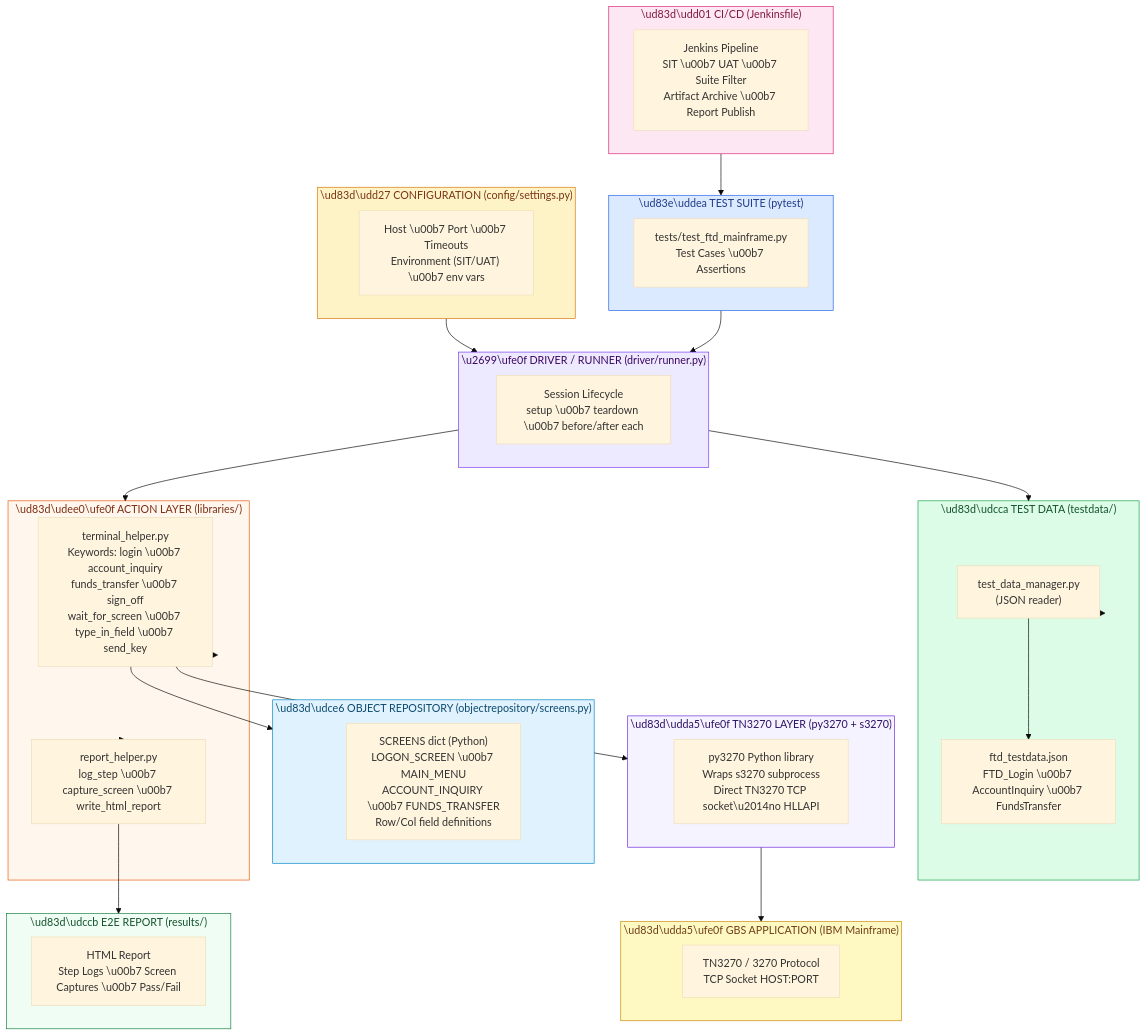
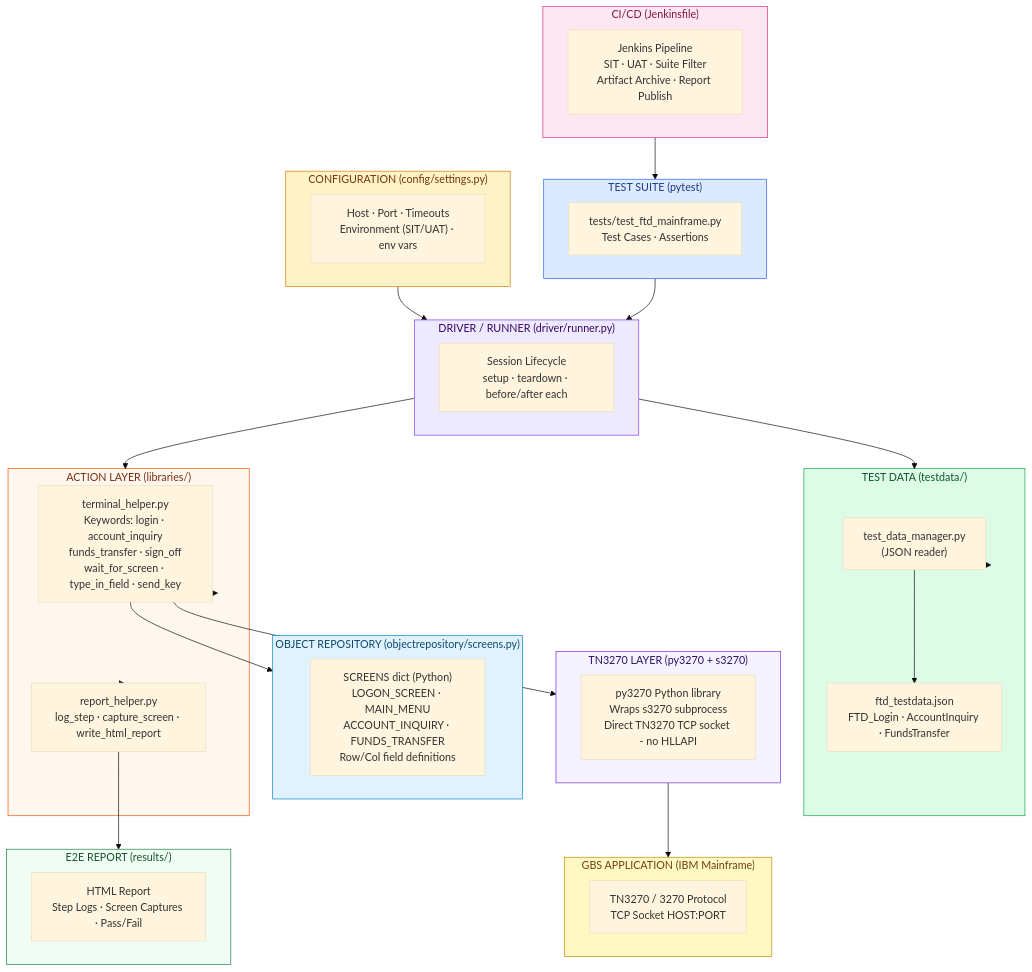
Before and after one commit to Ascen-dion/bank_of_america_leanft_javascript_poc: the diagram in docs/01-new-architecture.md, drawn with Mermaid (base theme). The commit also changed other lines of this file and 1 other file, not shown here.

````diff
--- a/docs/01-new-architecture.md
+++ b/docs/01-new-architecture.md
@@ -9,68 +9,68 @@
 ```mermaid
 flowchart TD
-    subgraph SUITE["\ud83e\uddea TEST SUITE  (pytest)"]
-        TS["tests/test_ftd_mainframe.py\nTest Cases \u00b7 Assertions"]
+    subgraph SUITE["TEST SUITE  (pytest)"]
+        TS["tests/test_ftd_mainframe.py\nTest Cases · Assertions"]
     end
 
-    subgraph DRIVER["\u2699\ufe0f DRIVER / RUNNER  (driver/runner.py)"]
-        DR["Session Lifecycle\nsetup \u00b7 teardown \u00b7 before/after each"]
+    subgraph DRIVER["DRIVER / RUNNER  (driver/runner.py)"]
+        DR["Session Lifecycle\nsetup · teardown · before/after each"]
     end
 
-    subgraph CONFIG["\ud83d\udd27 CONFIGURATION  (config/settings.py)"]
-        CS["Host \u00b7 Port \u00b7 Timeouts\nEnvironment (SIT/UAT) \u00b7 env vars"]
+    subgraph CONFIG["CONFIGURATION  (config/settings.py)"]
+        CS["Host · Port · Timeouts\nEnvironment (SIT/UAT) · env vars"]
     end
 
-    subgraph DATA["\ud83d\udcca TEST DATA  (testdata/)"]
+    subgraph DATA["TEST DATA  (testdata/)"]
         TDM["test_data_manager.py\n(JSON reader)"]
-        TDF["ftd_testdata.json\nFTD_Login \u00b7 AccountInquiry \u00b7 FundsTransfer"]
+        TDF["ftd_testdata.json\nFTD_Login · AccountInquiry · FundsTransfer"]
     end
 
-    subgraph ACTION["\ud83d\udee0\ufe0f ACTION LAYER  (libraries/)"]
-        TH["terminal_helper.py\nKeywords: login \u00b7 account_inquiry\nfunds_transfer \u00b7 sign_off\nwait_for_screen \u00b7 type_in_field \u00b7 send_key"]
-        RH["report_helper.py\nlog_step \u00b7 capture_screen \u00b7 write_html_report"]
+    subgraph ACTION["ACTION LAYER  (libraries/)"]
+        TH["terminal_helper.py\nKeywords: login · account_inquiry\nfunds_transfer · sign_off\nwait_for_screen · type_in_field · send_key"]
+        RH["report_helper.py\nlog_step · capture_screen · write_html_report"]
     end
 
-    subgraph OR["\ud83d\udce6 OBJECT REPOSITORY  (objectrepository/screens.py)"]
-        SCR["SCREENS dict (Python)\nLOGON_SCREEN \u00b7 MAIN_MENU\nACCOUNT_INQUIRY \u00b7 FUNDS_TRANSFER\nRow/Col field definitions"]
+    subgraph OR["OBJECT REPOSITORY  (objectrepository/screens.py)"]
+        SCR["SCREENS dict (Python)\nLOGON_SCREEN · MAIN_MENU\nACCOUNT_INQUIRY · FUNDS_TRANSFER\nRow/Col field definitions"]
     end
 
-    subgraph DRIVER2["\ud83d\udda5\ufe0f TN3270 LAYER  (py3270 + s3270)"]
-        PY["py3270 Python library\nWraps s3270 subprocess\nDirect TN3270 TCP socket\u2014no HLLAPI"]
+    subgraph DRIVER2["TN3270 LAYER  (py3270 + s3270)"]
+        PY["py3270 Python library\nWraps s3270 subprocess\nDirect TN3270 TCP socket - no HLLAPI"]
     end
 
-    subgraph APP["\ud83d\udda5\ufe0f GBS APPLICATION  (IBM Mainframe)"]
+    subgraph APP["GBS APPLICATION  (IBM Mainframe)"]
         MF["TN3270 / 3270 Protocol\nTCP Socket HOST:PORT"]
     end
 
-    subgraph REPORT["\ud83d\udccb E2E REPORT  (results/)"]
-        RPT["HTML Report\nStep Logs \u00b7 Screen Captures \u00b7 Pass/Fail"]
+    subgraph REPORT["E2E REPORT  (results/)"]
+        RPT["HTML Report\nStep Logs · Screen Captures · Pass/Fail"]
     end
 
-    subgraph CICD["\ud83d\udd01 CI/CD  (Jenkinsfile)"]
-        JK["Jenkins Pipeline\nSIT \u00b7 UAT \u00b7 Suite Filter\nArtifact Archive \u00b7 Report Publish"]
+    subgraph CICD["CI/CD  (Jenkinsfile)"]
+        JK["Jenkins Pipeline\nSIT · UAT · Suite Filter\nArtifact Archive · Report Publish"]
     end
 
     SUITE --> DRIVER
     DRIVER --> ACTION
     DRIVER --> DATA
     CONFIG --> DRIVER
     DATA --> TDM --> TDF
     ACTION --> TH
     ACTION --> RH
     TH --> OR
     TH --> DRIVER2
     DRIVER2 --> APP
     RH --> REPORT
     CICD --> SUITE
 
     style SUITE    fill:#dbeafe,stroke:#2563eb,color:#1e3a8a
     style DRIVER   fill:#ede9fe,stroke:#7c3aed,color:#3b0764
     style CONFIG   fill:#fef3c7,stroke:#d97706,color:#78350f
     style DATA     fill:#dcfce7,stroke:#16a34a,color:#14532d
     style ACTION   fill:#fff7ed,stroke:#ea580c,color:#7c2d12
     style OR       fill:#e0f2fe,stroke:#0284c7,color:#0c4a6e
     style DRIVER2  fill:#f5f3ff,stroke:#6d28d9,color:#2e1065
     style APP      fill:#fef9c3,stroke:#ca8a04,color:#713f12
     style REPORT   fill:#f0fdf4,stroke:#15803d,color:#14532d
     style CICD     fill:#fce7f3,stroke:#db2777,color:#831843
 ```
````
